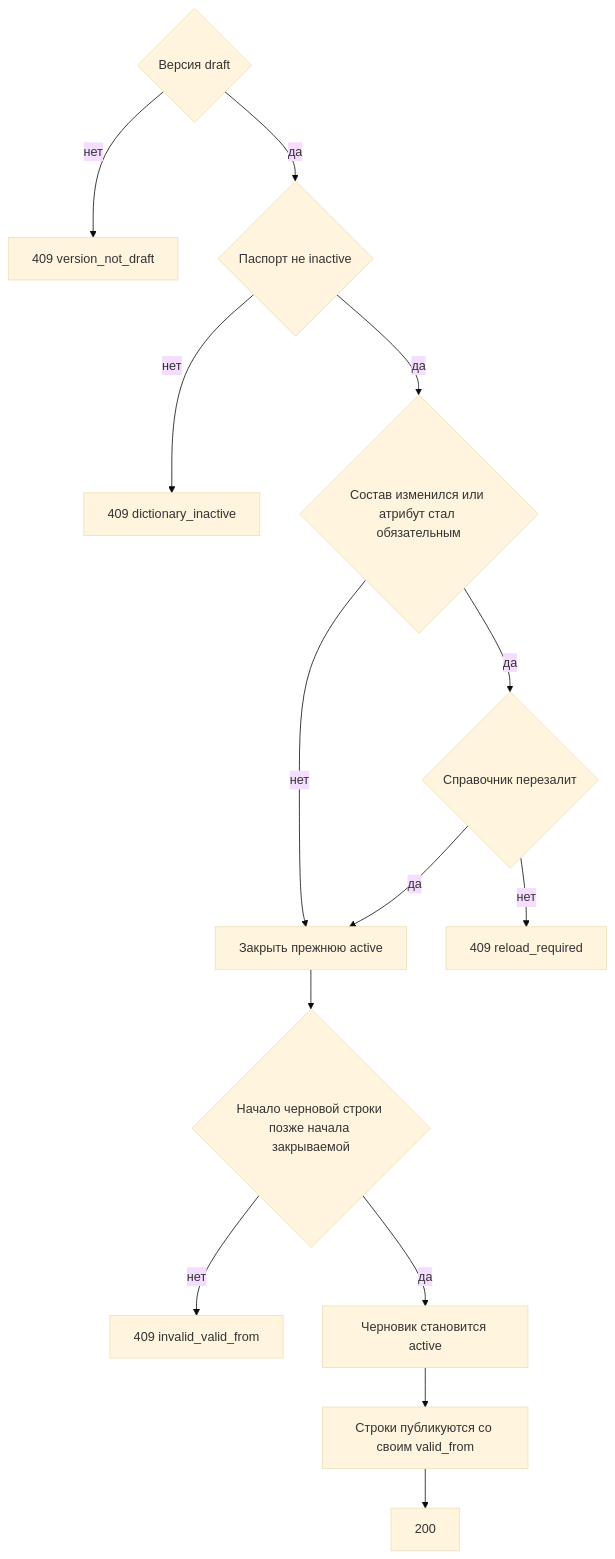
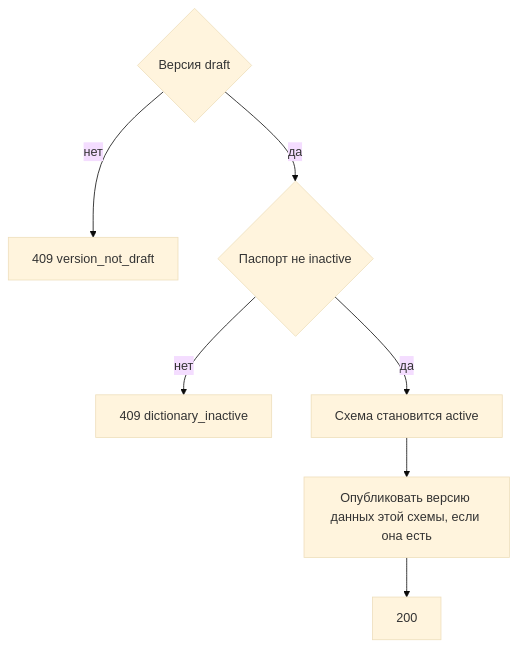
The diagram in docs/1. functional/specification/v3 - 1 таблица/api/management.api/MetadataController/post_publish.md (StrannikE95/reference_data), drawn with Mermaid (base theme) before and after one commit. The commit also changed other lines of this file and 20 other files, not shown here.

````diff
--- a/docs/1. functional/specification/v3 - 1 таблица/api/management.api/MetadataController/post_publish.md
+++ b/docs/1. functional/specification/v3 - 1 таблица/api/management.api/MetadataController/post_publish.md
@@ -73,16 +67,9 @@
 ```mermaid
 flowchart TD
   draft{"Версия draft"} -->|нет| bad["409 version_not_draft"]
   draft -->|да| live{"Паспорт не inactive"}
   live -->|нет| off["409 dictionary_inactive"]
-  live -->|да| diff{"Состав изменился или атрибут стал обязательным"}
-  diff -->|да| ready{"Справочник перезалит"}
-  diff -->|нет| close["Закрыть прежнюю active"]
-  ready -->|нет| reload["409 reload_required"]
-  ready -->|да| close
-  close --> period{"Начало черновой строки позже начала закрываемой"}
-  period -->|нет| badFrom["409 invalid_valid_from"]
-  period -->|да| pub["Черновик становится active"]
-  pub --> rows["Строки публикуются со своим valid_from"]
+  live -->|да| schema["Схема становится active"]
+  schema --> rows["Опубликовать версию данных этой схемы, если она есть"]
   rows --> ok["200"]
 ```
````
